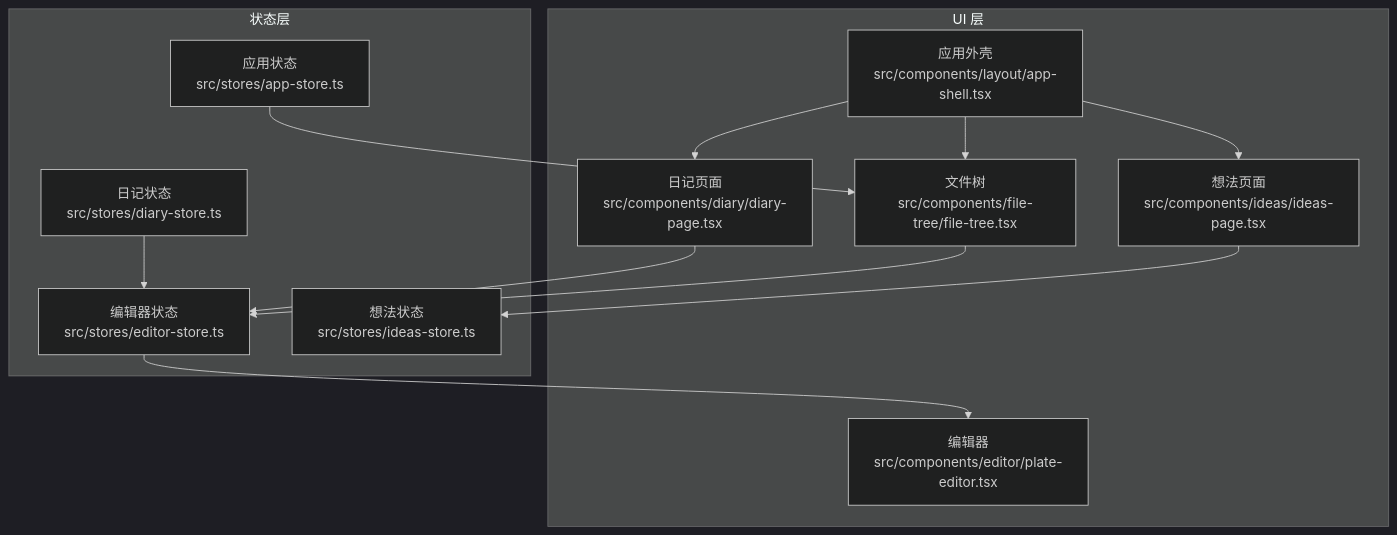
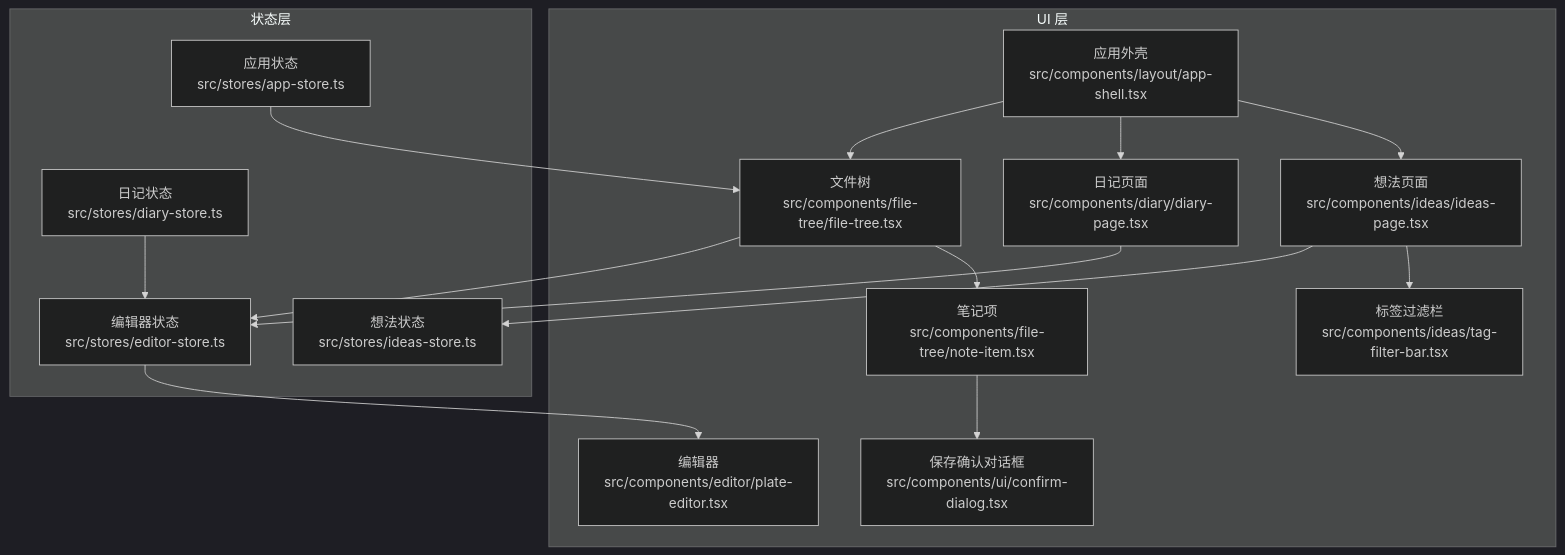
One commit to BlackBoxRecorder/uninote changed the first of 8 diagrams in .qoder/repowiki/zh/content/核心架构/状态管理架构.md. Above: the diagram before and after it, drawn with Mermaid (dark theme). The commit also changed other lines of this file and 36 other files, not shown here.

````diff
--- a/.qoder/repowiki/zh/content/核心架构/状态管理架构.md
+++ b/.qoder/repowiki/zh/content/核心架构/状态管理架构.md
@@ -36,25 +46,31 @@
 ```mermaid
 graph TB
 subgraph "状态层"
 APP["应用状态<br/>src/stores/app-store.ts"]
 EDITOR["编辑器状态<br/>src/stores/editor-store.ts"]
 IDEAS["想法状态<br/>src/stores/ideas-store.ts"]
 DIARY["日记状态<br/>src/stores/diary-store.ts"]
 end
 subgraph "UI 层"
 SHELL["应用外壳<br/>src/components/layout/app-shell.tsx"]
 FILETREE["文件树<br/>src/components/file-tree/file-tree.tsx"]
+NOTEITEM["笔记项<br/>src/components/file-tree/note-item.tsx"]
 PLATE["编辑器<br/>src/components/editor/plate-editor.tsx"]
 IDEASP["想法页面<br/>src/components/ideas/ideas-page.tsx"]
+TAGFILTER["标签过滤栏<br/>src/components/ideas/tag-filter-bar.tsx"]
 DIARYP["日记页面<br/>src/components/diary/diary-page.tsx"]
+CONFIRMDLG["保存确认对话框<br/>src/components/ui/confirm-dialog.tsx"]
 end
 SHELL --> FILETREE
 SHELL --> DIARYP
 SHELL --> IDEASP
 FILETREE --> EDITOR
+FILETREE --> NOTEITEM
 DIARYP --> EDITOR
 IDEASP --> IDEAS
+IDEASP --> TAGFILTER
 EDITOR --> PLATE
 APP --> FILETREE
 DIARY --> EDITOR
+NOTEITEM --> CONFIRMDLG
 ```
````
